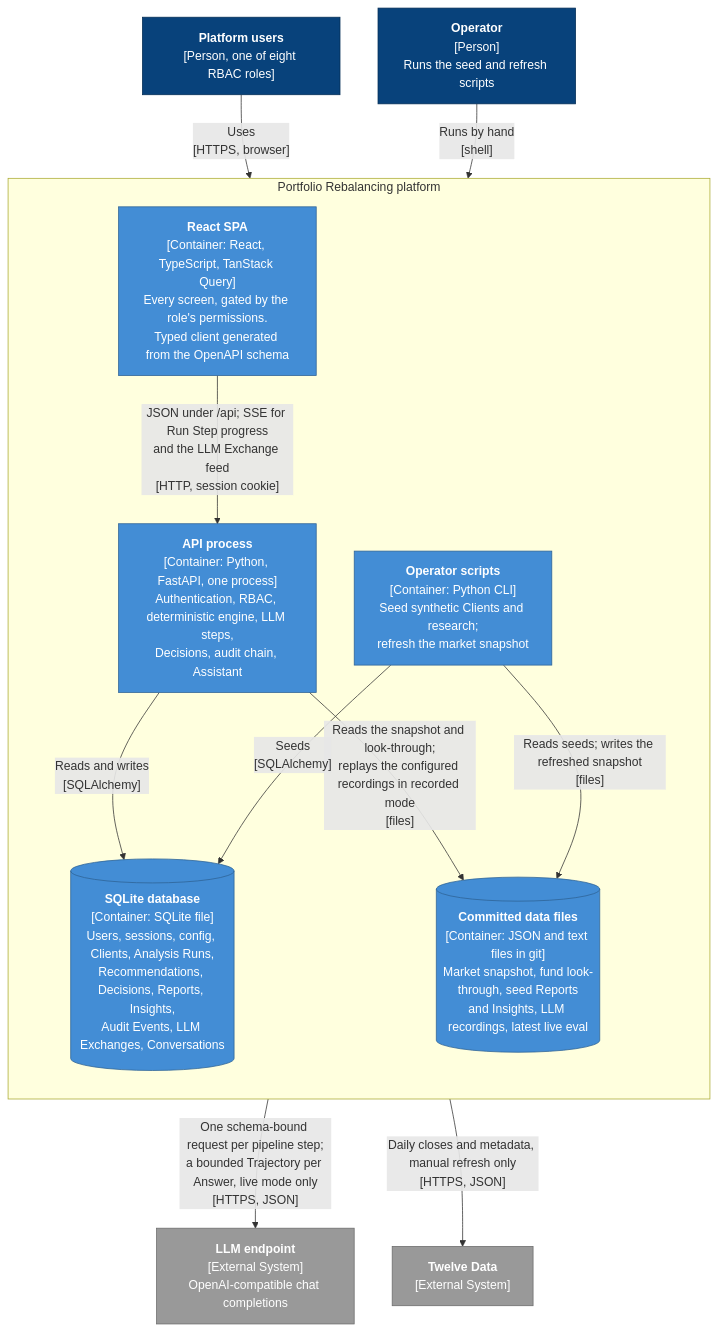
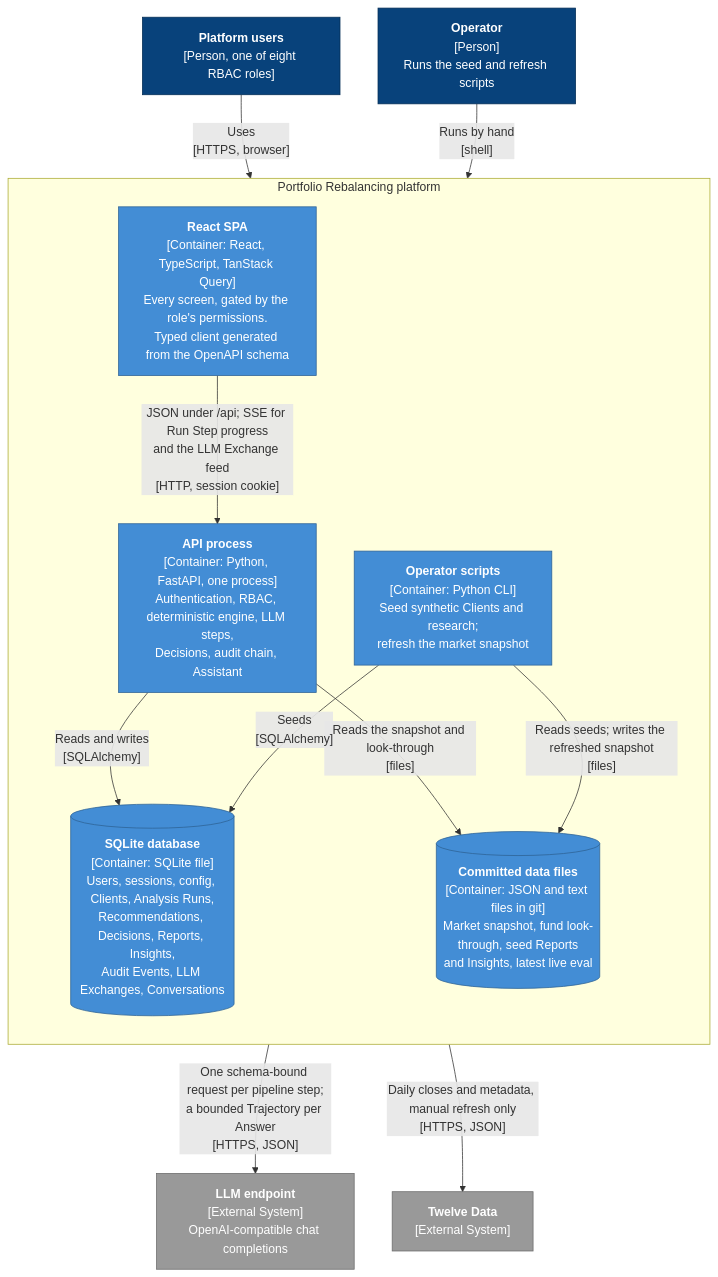
Before and after one commit to anir-kent/alpha-portfolio-ai: the first of 2 diagrams in docs/architecture/05-building-block-view.md, drawn with Mermaid. The commit also changed other lines of this file and 189 other files, not shown here.

First line of the commit message:
Remove pydantic-ai, the replay path and recorded mode everywhere

````diff
--- a/docs/architecture/05-building-block-view.md
+++ b/docs/architecture/05-building-block-view.md
@@ -11,34 +11,34 @@
 ```mermaid
 flowchart TB
   users["<b>Platform users</b><br/>[Person, one of eight RBAC roles]"]
   operator["<b>Operator</b><br/>[Person]<br/>Runs the seed and refresh scripts"]
 
   subgraph platform["Portfolio Rebalancing platform"]
     direction TB
     spa["<b>React SPA</b><br/>[Container: React, TypeScript, TanStack Query]<br/>Every screen, gated by the role's permissions.<br/>Typed client generated from the OpenAPI schema"]
     api["<b>API process</b><br/>[Container: Python, FastAPI, one process]<br/>Authentication, RBAC, deterministic engine, LLM steps,<br/>Decisions, audit chain, Assistant"]
     scripts["<b>Operator scripts</b><br/>[Container: Python CLI]<br/>Seed synthetic Clients and research;<br/>refresh the market snapshot"]
     db[("<b>SQLite database</b><br/>[Container: SQLite file]<br/>Users, sessions, config, Clients, Analysis Runs,<br/>Recommendations, Decisions, Reports, Insights,<br/>Audit Events, LLM Exchanges, Conversations")]
-    files[("<b>Committed data files</b><br/>[Container: JSON and text files in git]<br/>Market snapshot, fund look-through, seed Reports<br/>and Insights, LLM recordings, latest live eval")]
+    files[("<b>Committed data files</b><br/>[Container: JSON and text files in git]<br/>Market snapshot, fund look-through, seed Reports<br/>and Insights, latest live eval")]
   end
 
   llm["<b>LLM endpoint</b><br/>[External System]<br/>OpenAI-compatible chat completions"]
   twelve["<b>Twelve Data</b><br/>[External System]"]
 
   users -->|"Uses<br/>[HTTPS, browser]"| spa
   spa -->|"JSON under /api; SSE for Run Step progress<br/>and the LLM Exchange feed<br/>[HTTP, session cookie]"| api
   api -->|"Reads and writes<br/>[SQLAlchemy]"| db
-  api -->|"Reads the snapshot and look-through;<br/>replays the configured recordings in recorded mode<br/>[files]"| files
-  api -->|"One schema-bound request per pipeline step;<br/>a bounded Trajectory per Answer, live mode only<br/>[HTTPS, JSON]"| llm
+  api -->|"Reads the snapshot and look-through<br/>[files]"| files
+  api -->|"One schema-bound request per pipeline step;<br/>a bounded Trajectory per Answer<br/>[HTTPS, JSON]"| llm
   operator -->|"Runs by hand<br/>[shell]"| scripts
   scripts -->|"Seeds<br/>[SQLAlchemy]"| db
   scripts -->|"Reads seeds; writes the refreshed snapshot<br/>[files]"| files
   scripts -->|"Daily closes and metadata, manual refresh only<br/>[HTTPS, JSON]"| twelve
 
   classDef person fill:#08427b,stroke:#052e56,color:#ffffff
   classDef container fill:#438dd5,stroke:#2e6295,color:#ffffff
   classDef external fill:#999999,stroke:#6b6b6b,color:#ffffff
   class users,operator person
   class spa,api,scripts,db,files container
   class llm,twelve external
 ```
````
